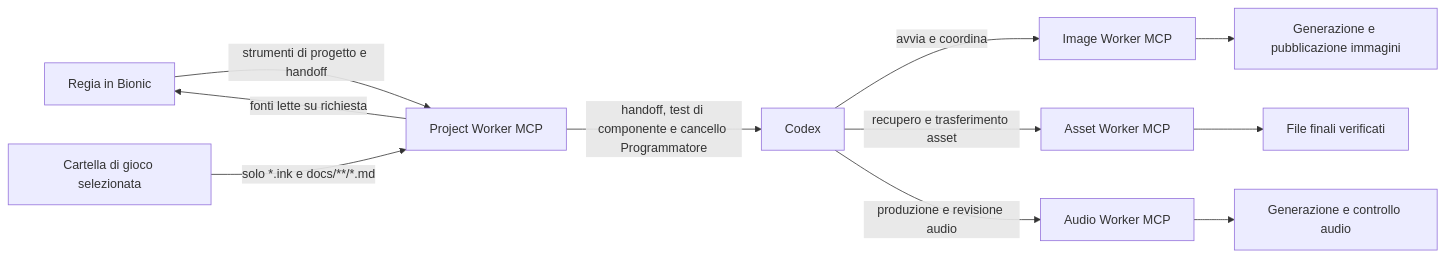
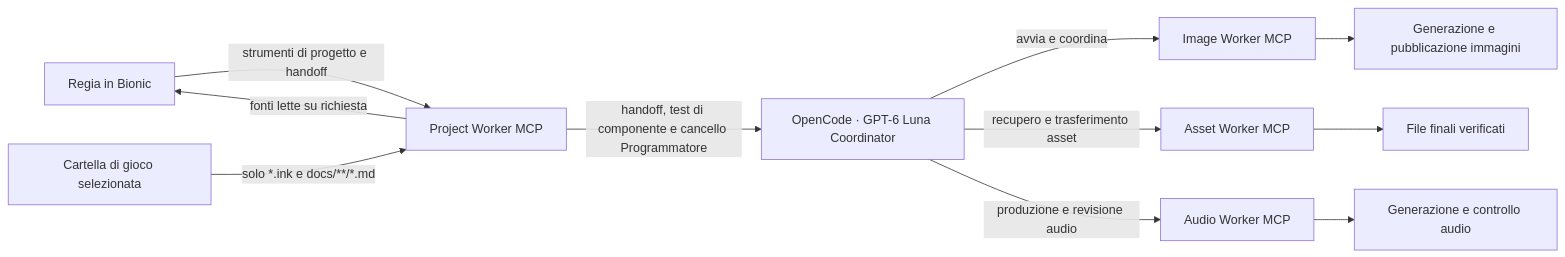
One commit to DRincs-Productions/LM-Studio changed the tenth of 12 diagrams in README.md. Above: the diagram before and after it, drawn with Mermaid. The commit also changed other lines of this file and 31 other files, not shown here.

Commit message:
Integrate OpenCode across Shadow workflows

````diff
--- a/README.md
+++ b/README.md
@@ -341,13 +339,13 @@
 ```mermaid
 flowchart LR
     R[Regia in Bionic] -->|strumenti di progetto e handoff| PW[Project Worker MCP]
     F[Cartella di gioco selezionata] -->|solo *.ink e docs/**/*.md| PW
     PW -->|fonti lette su richiesta| R
-    C[Codex] -->|avvia e coordina| IW[Image Worker MCP]
+    C[OpenCode · GPT-6 Luna Coordinator] -->|avvia e coordina| IW[Image Worker MCP]
     C -->|recupero e trasferimento asset| AW[Asset Worker MCP]
     C -->|produzione e revisione audio| SW[Audio Worker MCP]
     PW -->|handoff, test di componente e cancello Programmatore| C
     IW --> IMG[Generazione e pubblicazione immagini]
     AW --> FILE[File finali verificati]
     SW --> AUDIO[Generazione e controllo audio]
 ```
````
